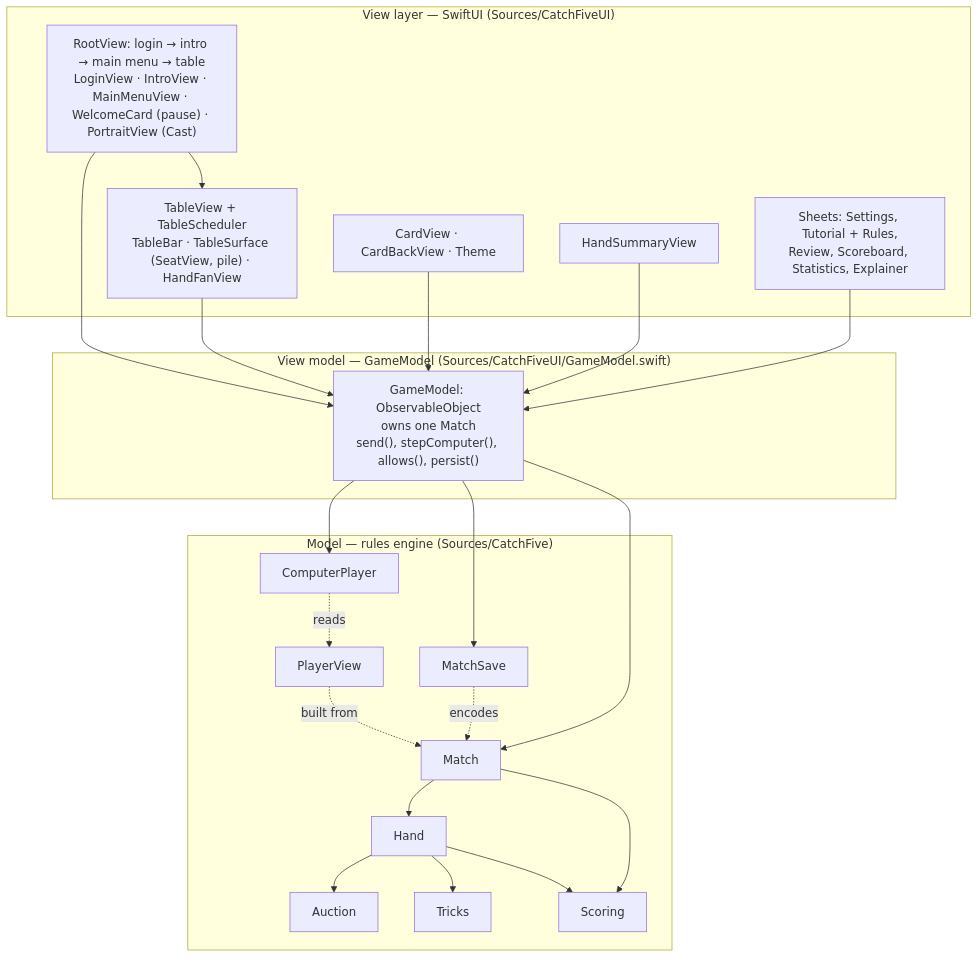
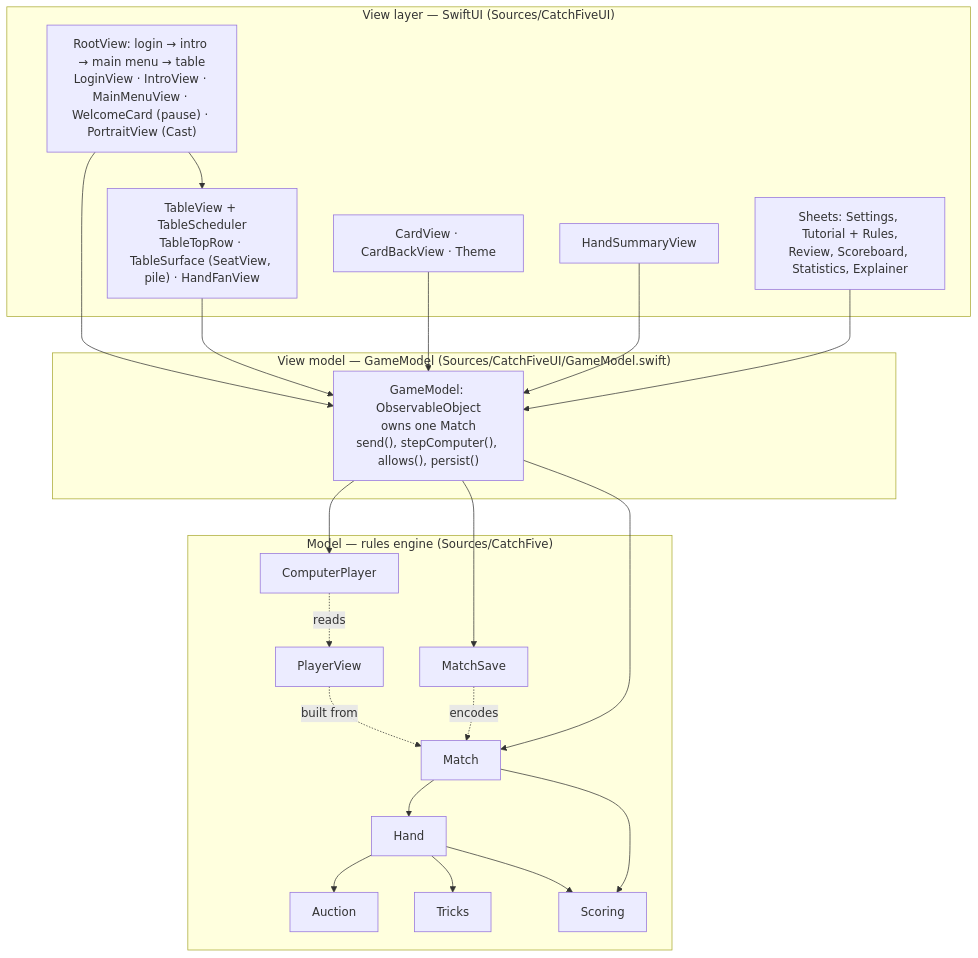
One commit to cmurphy1140/cardgame-io changed the first of 4 diagrams in docs/architecture.md. Above: the diagram before and after it, drawn with Mermaid. The commit also changed other lines of this file and 32 other files, not shown here.

````diff
--- a/docs/architecture.md
+++ b/docs/architecture.md
@@ -5,32 +5,32 @@
 ```mermaid
 flowchart TB
     subgraph View["View layer — SwiftUI (Sources/CatchFiveUI)"]
         RV["RootView: login → intro → main menu → table<br/>LoginView · IntroView · MainMenuView · WelcomeCard (pause) · PortraitView (Cast)"]
-        TV["TableView + TableScheduler<br/>TableBar · TableSurface (SeatView, pile) · HandFanView"]
+        TV["TableView + TableScheduler<br/>TableTopRow · TableSurface (SeatView, pile) · HandFanView"]
         CV["CardView · CardBackView · Theme"]
         HS[HandSummaryView]
         SH["Sheets: Settings, Tutorial + Rules,<br/>Review, Scoreboard, Statistics, Explainer"]
     end
     subgraph VM["View model — GameModel (Sources/CatchFiveUI/GameModel.swift)"]
         GM["GameModel: ObservableObject<br/>owns one Match<br/>send(), stepComputer(), allows(), persist()"]
     end
     subgraph Model["Model — rules engine (Sources/CatchFive)"]
         M[Match] --> H[Hand]
         H --> AU[Auction]
         H --> TR[Tricks]
         H --> SC[Scoring]
         M --> SC
         CP[ComputerPlayer] -. reads .-> PV[PlayerView]
         PV -. built from .-> M
         MS[MatchSave] -. encodes .-> M
     end
     RV --> TV
     RV --> GM
     TV --> GM
     CV --> GM
     HS --> GM
     SH --> GM
     GM --> M
     GM --> CP
     GM --> MS
 ```
````
